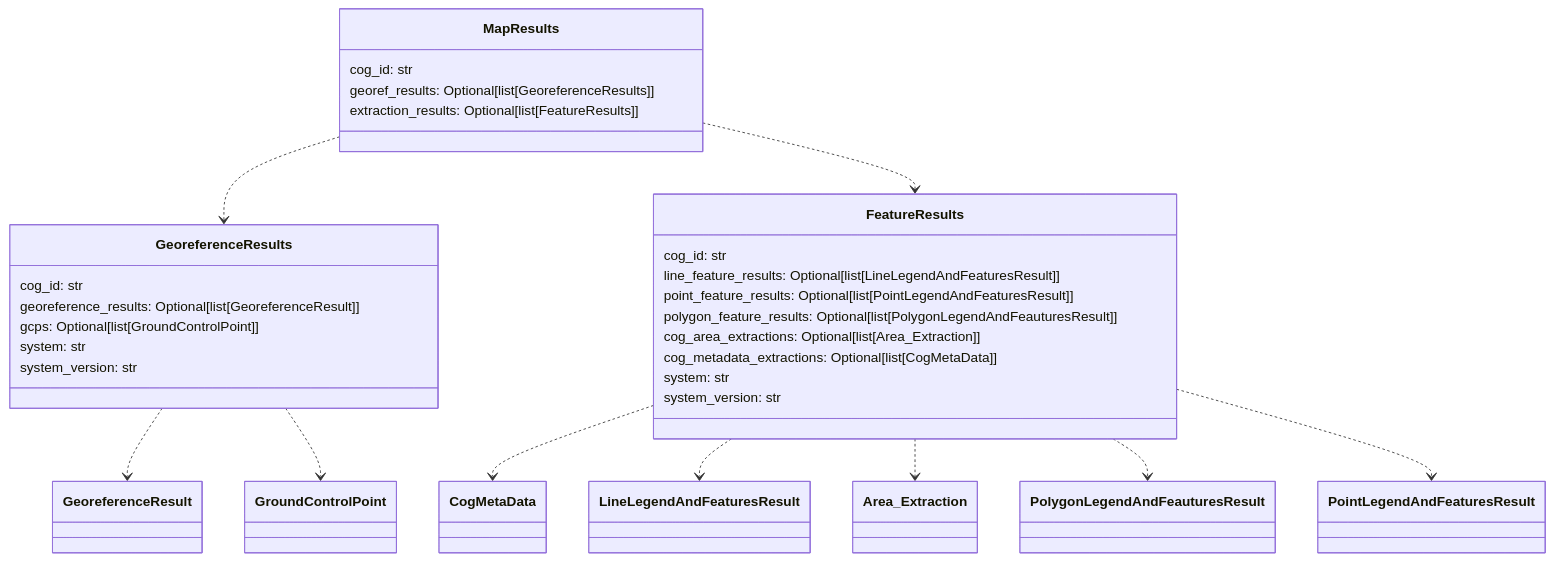
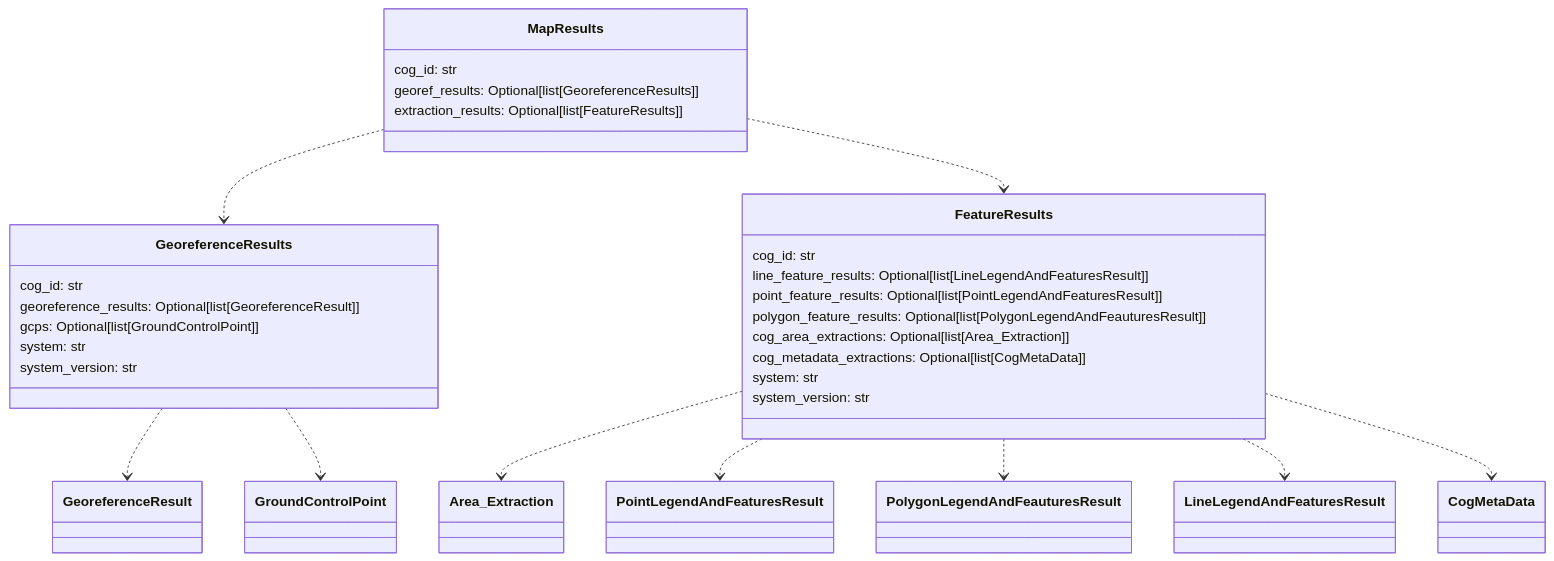
One commit to DARPA-CRITICALMAAS/cdr_schemas changed diagram 11 of 12 in README.md. Above: the diagram before and after it, drawn with Mermaid. The commit also changed other lines of this file and 1 other file, not shown here.

````diff
--- a/README.md
+++ b/README.md
@@ -863,40 +863,40 @@
 ```mermaid
 classDiagram
 
     class GeoreferenceResults {
         cog_id: str
         georeference_results: Optional[list[GeoreferenceResult]]
         gcps: Optional[list[GroundControlPoint]]
         system: str
         system_version: str
     }
 
     class FeatureResults {
         cog_id: str
         line_feature_results: Optional[list[LineLegendAndFeaturesResult]]
         point_feature_results: Optional[list[PointLegendAndFeaturesResult]]
         polygon_feature_results: Optional[list[PolygonLegendAndFeauturesResult]]
         cog_area_extractions: Optional[list[Area_Extraction]]
         cog_metadata_extractions: Optional[list[CogMetaData]]
         system: str
         system_version: str
     }
 
     class MapResults {
         cog_id: str
         georef_results: Optional[list[GeoreferenceResults]]
         extraction_results: Optional[list[FeatureResults]]
     }
 
+    FeatureResults ..> Area_Extraction
+    FeatureResults ..> PointLegendAndFeaturesResult
+    FeatureResults ..> PolygonLegendAndFeauturesResult
+    FeatureResults ..> LineLegendAndFeaturesResult
     FeatureResults ..> CogMetaData
-    FeatureResults ..> LineLegendAndFeaturesResult
-    FeatureResults ..> Area_Extraction
-    FeatureResults ..> PolygonLegendAndFeauturesResult
-    FeatureResults ..> PointLegendAndFeaturesResult
     GeoreferenceResults ..> GeoreferenceResult
     GeoreferenceResults ..> GroundControlPoint
     MapResults ..> GeoreferenceResults
     MapResults ..> FeatureResults
 
 
 ```
````
